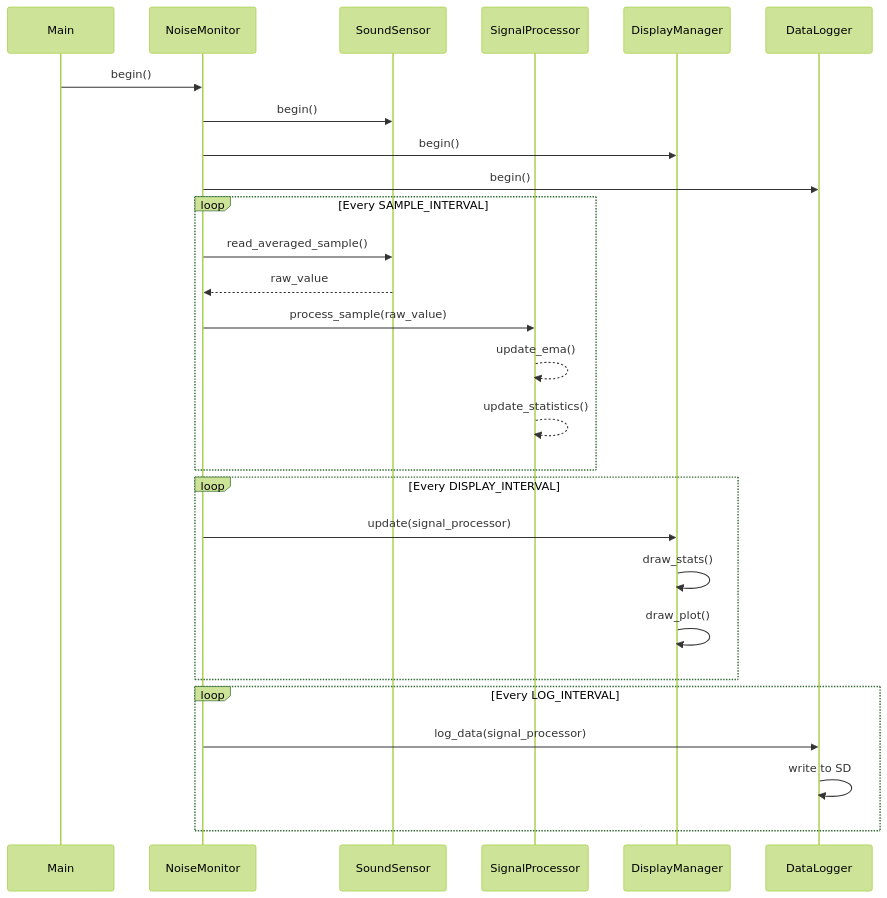
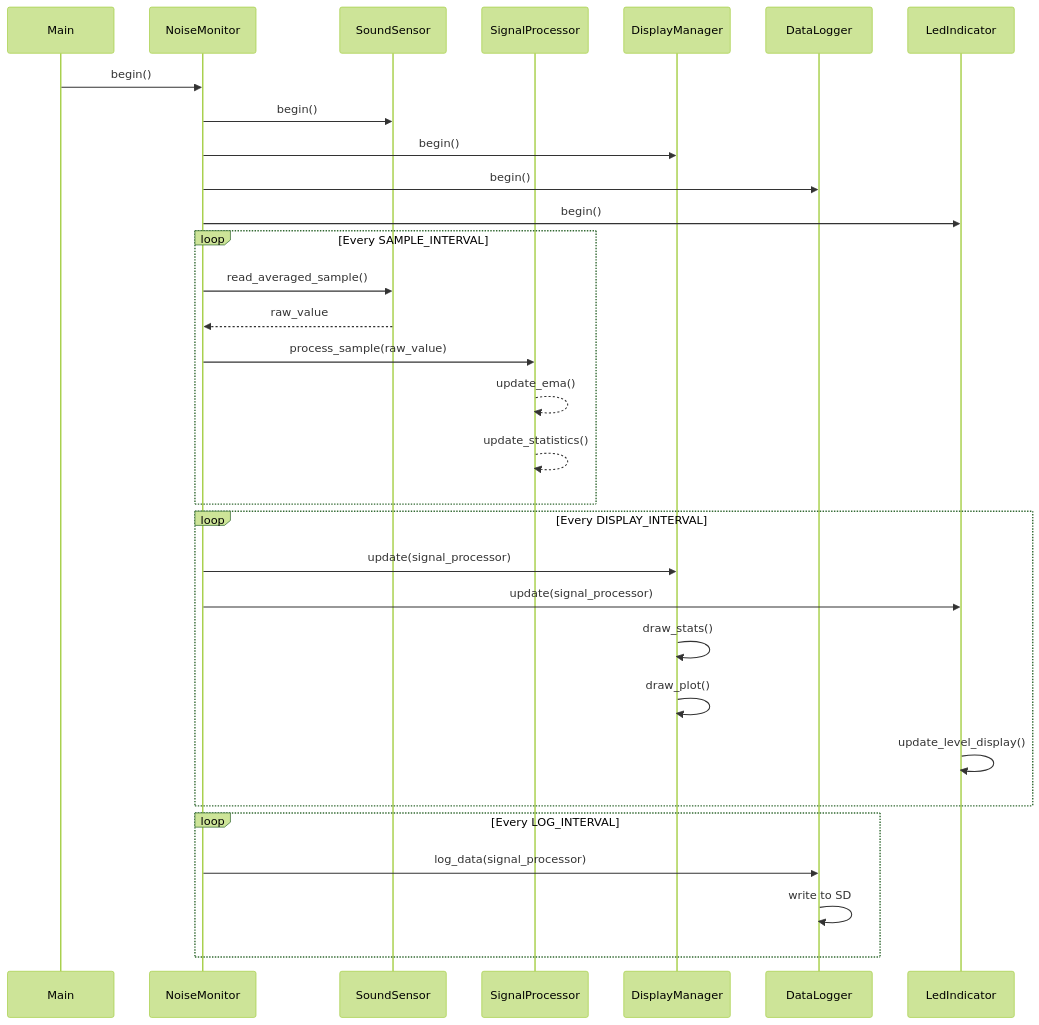
Before and after one commit to coloboxp/LoudTruth: the diagram in doc/dataflow.md, drawn with Mermaid (forest theme). The commit also changed 10 other files, not shown here.

````diff
--- a/doc/dataflow.md
+++ b/doc/dataflow.md
@@ -1,33 +1,37 @@
 ```mermaid
 sequenceDiagram
 participant Main
 participant NoiseMonitor
 participant SoundSensor
 participant SignalProcessor
 participant DisplayManager
 participant DataLogger
+participant LedIndicator
 
     Main->>NoiseMonitor: begin()
     NoiseMonitor->>SoundSensor: begin()
     NoiseMonitor->>DisplayManager: begin()
     NoiseMonitor->>DataLogger: begin()
+    NoiseMonitor->>LedIndicator: begin()
 
     loop Every SAMPLE_INTERVAL
         NoiseMonitor->>SoundSensor: read_averaged_sample()
         SoundSensor-->>NoiseMonitor: raw_value
         NoiseMonitor->>SignalProcessor: process_sample(raw_value)
         SignalProcessor-->>SignalProcessor: update_ema()
         SignalProcessor-->>SignalProcessor: update_statistics()
     end
 
     loop Every DISPLAY_INTERVAL
         NoiseMonitor->>DisplayManager: update(signal_processor)
+        NoiseMonitor->>LedIndicator: update(signal_processor)
         DisplayManager->>DisplayManager: draw_stats()
         DisplayManager->>DisplayManager: draw_plot()
+        LedIndicator->>LedIndicator: update_level_display()
     end
 
     loop Every LOG_INTERVAL
         NoiseMonitor->>DataLogger: log_data(signal_processor)
         DataLogger->>DataLogger: write to SD
     end
 ```
````
